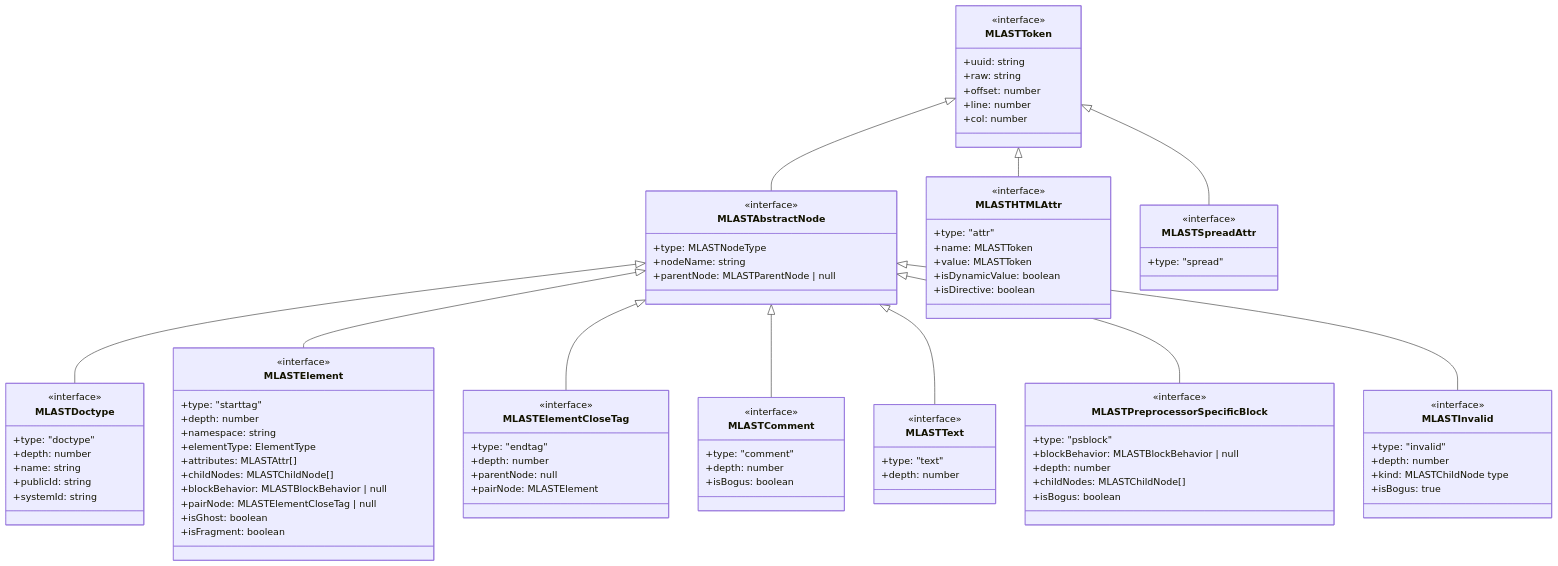
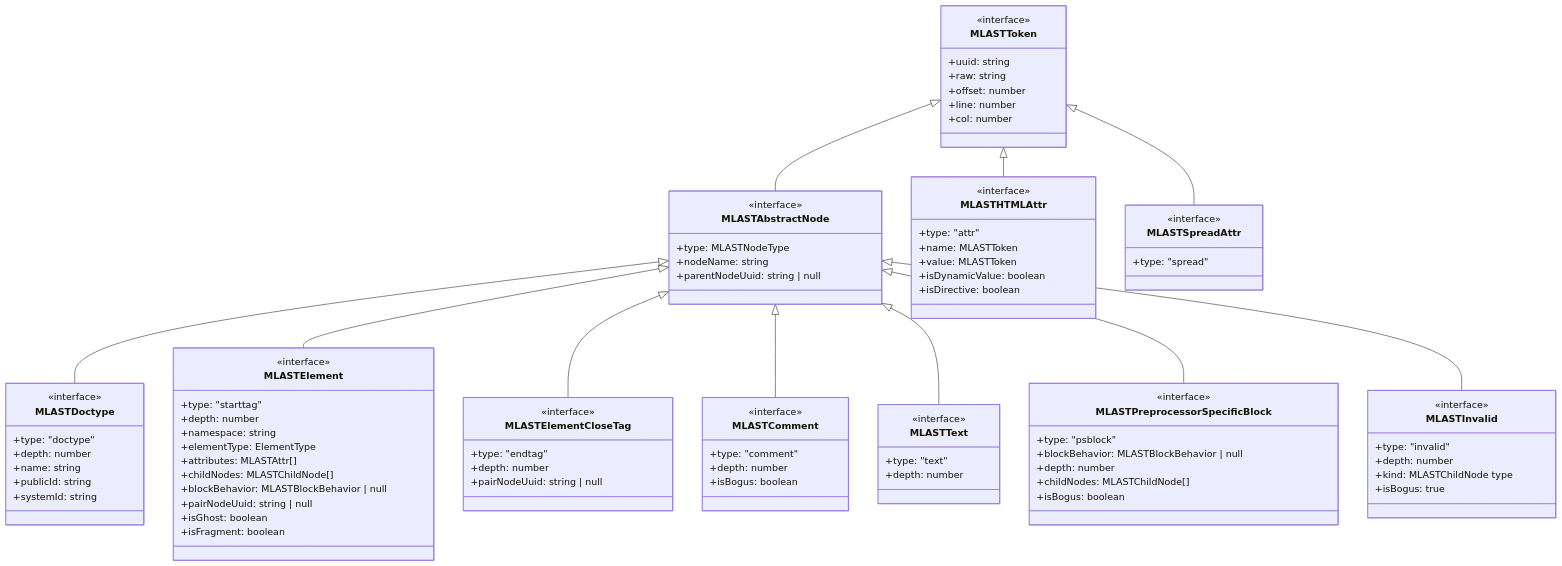
Before and after one commit to markuplint/markuplint: the second of 4 diagrams in packages/@markuplint/ml-ast/ARCHITECTURE.ja.md, drawn with Mermaid. The commit also changed other lines of this file and 4 other files, not shown here.

First line of the commit message:
feat(ml-ast)!: replace parentNode/pairNode with UUID string references

```diff
--- a/packages/@markuplint/ml-ast/ARCHITECTURE.ja.md
+++ b/packages/@markuplint/ml-ast/ARCHITECTURE.ja.md
@@ -62,7 +62,7 @@
         <<interface>>
         +type: MLASTNodeType
         +nodeName: string
-        +parentNode: MLASTParentNode | null
+        +parentNodeUuid: string | null
     }
 
     class MLASTDoctype {
@@ -83,7 +83,7 @@
         +attributes: MLASTAttr[]
         +childNodes: MLASTChildNode[]
         +blockBehavior: MLASTBlockBehavior | null
-        +pairNode: MLASTElementCloseTag | null
+        +pairNodeUuid: string | null
         +isGhost: boolean
         +isFragment: boolean
     }
@@ -92,8 +92,7 @@
         <<interface>>
         +type: "endtag"
         +depth: number
-        +parentNode: null
-        +pairNode: MLASTElement
+        +pairNodeUuid: string | null
     }
 
     class MLASTComment {
```
